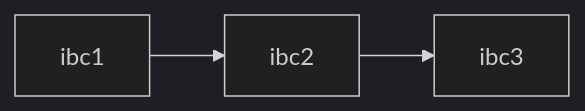
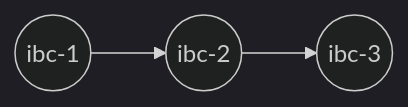
Before and after one commit to informalsystems/hermes: the second of 4 diagrams in guide/src/tutorials/more-chains/start-relaying.md, drawn with Mermaid (dark theme). The commit also changed other lines of this file and 2 other files, not shown here.

````diff
--- a/guide/src/tutorials/more-chains/start-relaying.md
+++ b/guide/src/tutorials/more-chains/start-relaying.md
@@ -107,4 +122,4 @@
     ```mermaid
     graph LR;
-    ibc1 --> ibc2 --> ibc3
+    A((ibc-1)) --> B((ibc-2)) --> C((ibc-3))
     ```
````
